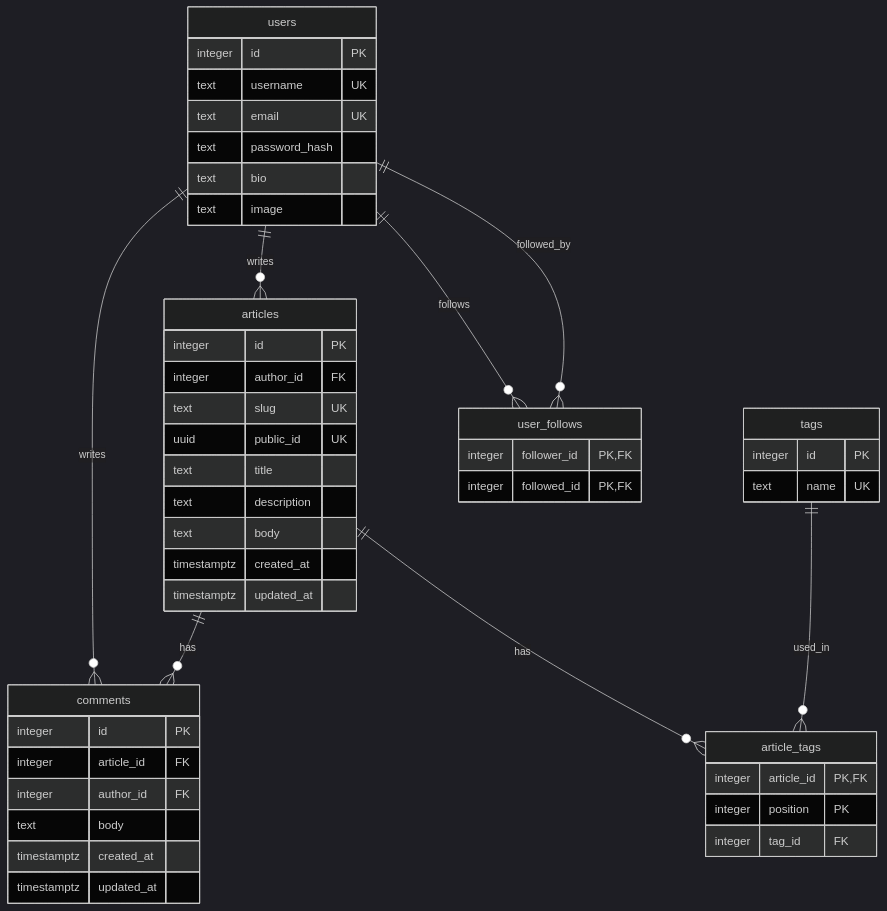
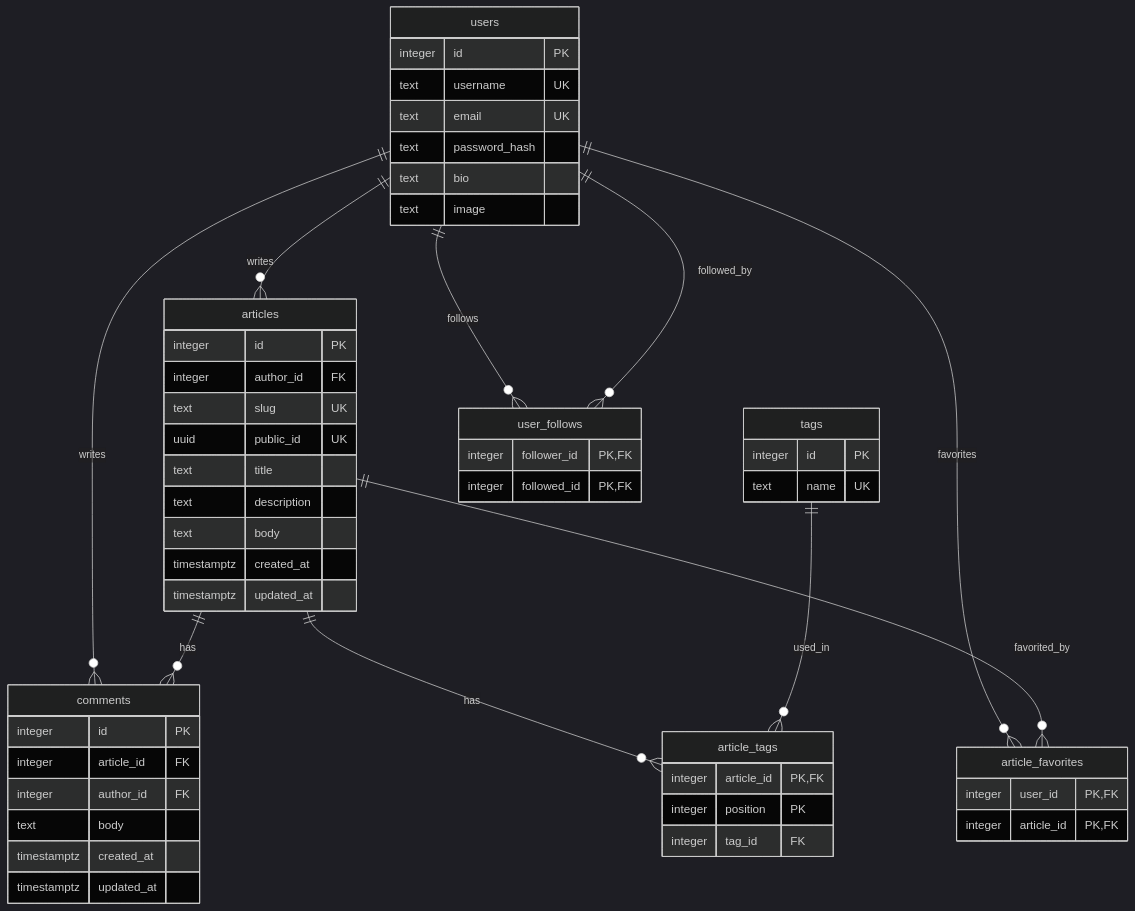
One commit to chahoseong/realworld-fastapi-backend changed the diagram in docs/architecture/data-model.md. Above: the diagram before and after it, drawn with Mermaid (dark theme). The commit also changed other lines of this file and 10 other files, not shown here.

First line of the commit message:
Add article favorites feature with related models, routes, and tests

````diff
--- a/docs/architecture/data-model.md
+++ b/docs/architecture/data-model.md
@@ -5,56 +5,63 @@
 ```mermaid
 erDiagram
     users ||--o{ articles : writes
     users ||--o{ comments : writes
     articles ||--o{ comments : has
     articles ||--o{ article_tags : has
     tags ||--o{ article_tags : used_in
     users ||--o{ user_follows : follows
     users ||--o{ user_follows : followed_by
+    users ||--o{ article_favorites : favorites
+    articles ||--o{ article_favorites : favorited_by
 
     users {
         integer id PK
         text username UK
         text email UK
         text password_hash
         text bio
         text image
     }
 
     articles {
         integer id PK
         integer author_id FK
         text slug UK
         uuid public_id UK
         text title
         text description
         text body
         timestamptz created_at
         timestamptz updated_at
     }
 
     tags {
         integer id PK
         text name UK
     }
 
     article_tags {
         integer article_id PK,FK
         integer position PK
         integer tag_id FK
     }
 
     comments {
         integer id PK
         integer article_id FK
         integer author_id FK
         text body
         timestamptz created_at
         timestamptz updated_at
     }
 
     user_follows {
         integer follower_id PK,FK
         integer followed_id PK,FK
     }
+
+    article_favorites {
+        integer user_id PK,FK
+        integer article_id PK,FK
+    }
 ```
````
